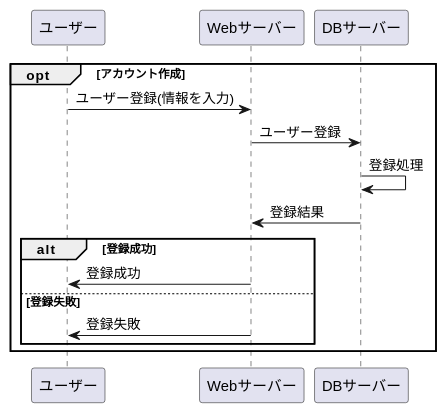
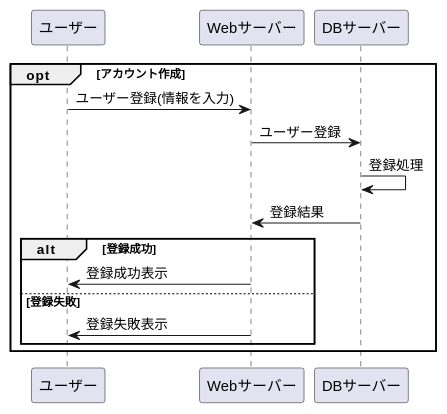
Before and after one commit to Aso2001154/2021sys-design: the diagram in stationary/業務フロー/アカウント作成.md, drawn with PlantUML.

````diff
--- a/stationary/業務フロー/アカウント作成.md
+++ b/stationary/業務フロー/アカウント作成.md
@@ -1,18 +1,18 @@
 ```uml
 @startuml
 
 opt アカウント作成
 ユーザー -> Webサーバー : ユーザー登録(情報を入力)
 Webサーバー -> DBサーバー : ユーザー登録
 DBサーバー -> DBサーバー : 登録処理
 DBサーバー -> Webサーバー : 登録結果
 
 alt 登録成功
-Webサーバー -> ユーザー : 登録成功
+Webサーバー -> ユーザー : 登録成功表示
 else 登録失敗
-Webサーバー -> ユーザー : 登録失敗
+Webサーバー -> ユーザー : 登録失敗表示
 end
 end
 
 @enduml
 ```
````
